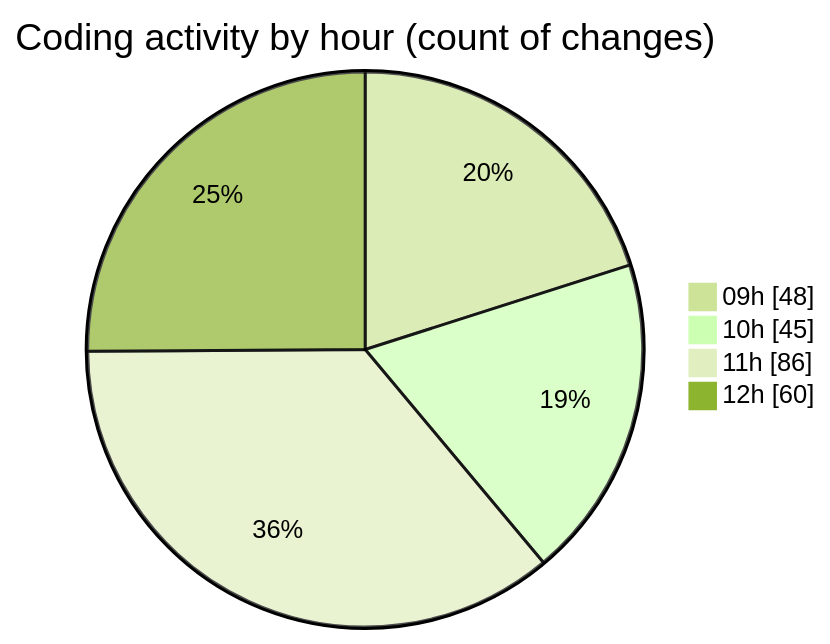
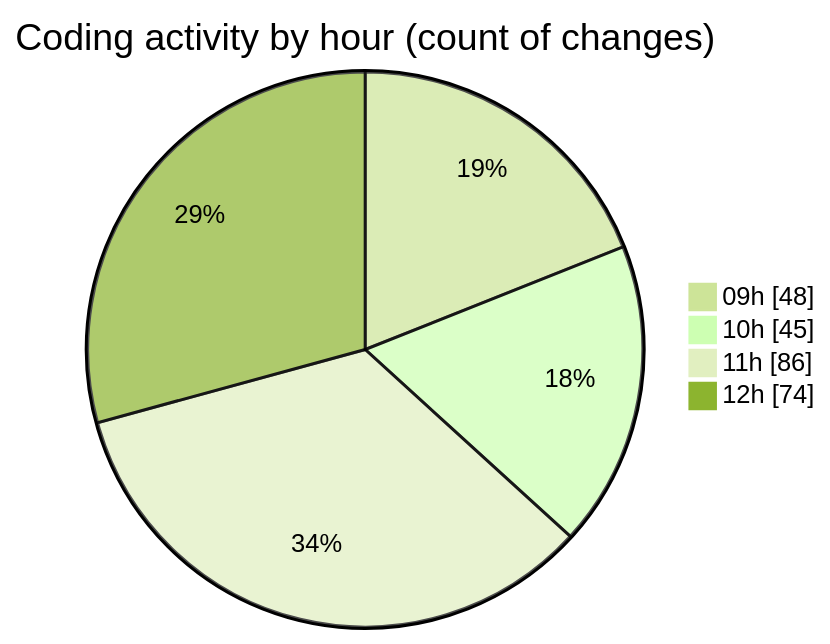
The second of 2 diagrams in 2025-03-14/cda/README.md (momahboobian/code-tracking), drawn with Mermaid (forest theme) before and after one commit. The commit also changed other lines of this file and 1 other file, not shown here.

````diff
--- a/2025-03-14/cda/README.md
+++ b/2025-03-14/cda/README.md
@@ -45,8 +45,8 @@
 ```mermaid
 pie showData
 title Coding activity by hour (count of changes)
 "09h" : 48
 "10h" : 45
 "11h" : 86
-"12h" : 60
+"12h" : 74
 ```
````
